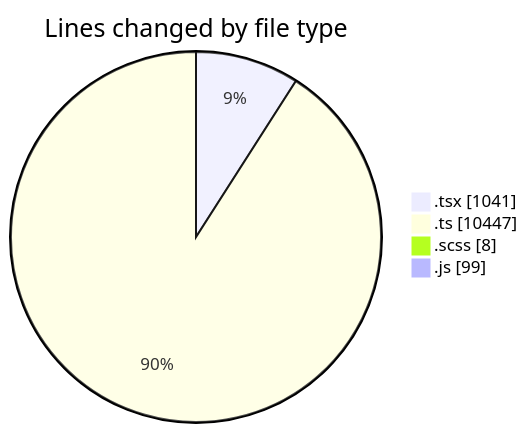
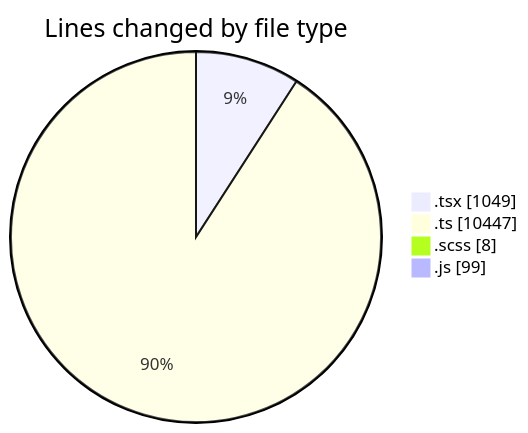
The first of 2 diagrams in 2025-03-26/cda/README.md (momahboobian/code-tracking), drawn with Mermaid before and after one commit. The commit also changed other lines of this file and 1 other file, not shown here.

````diff
--- a/2025-03-26/cda/README.md
+++ b/2025-03-26/cda/README.md
@@ -41,8 +41,8 @@
 ```mermaid
 pie showData
 title Lines changed by file type
-".tsx" : 1041
+".tsx" : 1049
 ".ts" : 10447
 ".scss" : 8
 ".js" : 99
 ```
````
